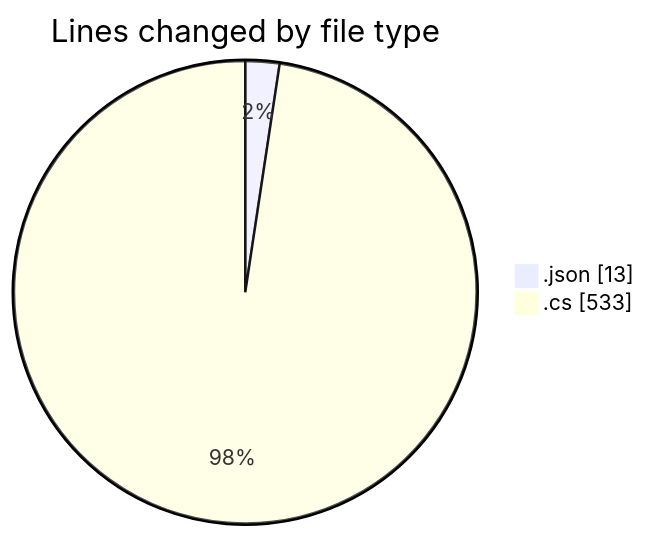
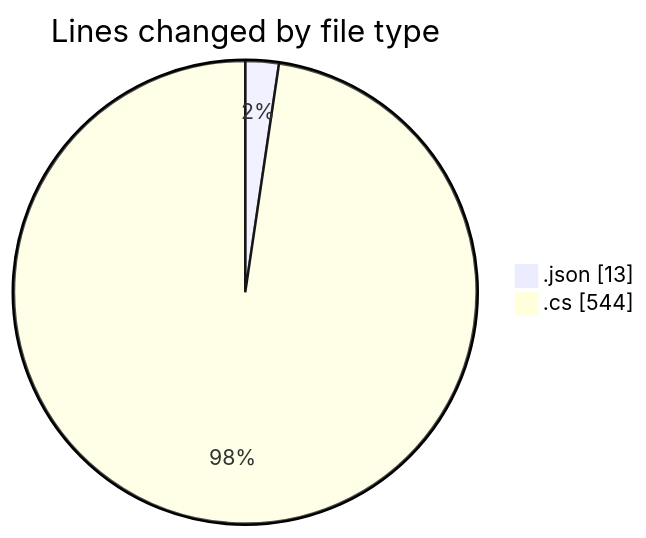
One commit to lephambinh05/code-tracking changed the first of 2 diagrams in 2025-07-23/cnpm_th_ba/README.md. Above: the diagram before and after it, drawn with Mermaid. The commit also changed other lines of this file and 1 other file, not shown here.

````diff
--- a/2025-07-23/cnpm_th_ba/README.md
+++ b/2025-07-23/cnpm_th_ba/README.md
@@ -21,6 +21,6 @@
 ```mermaid
 pie showData
 title Lines changed by file type
 ".json" : 13
-".cs" : 533
+".cs" : 544
 ```
````
